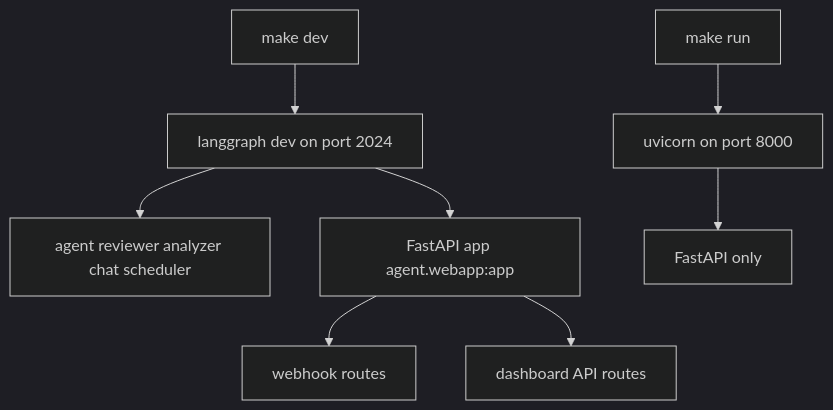
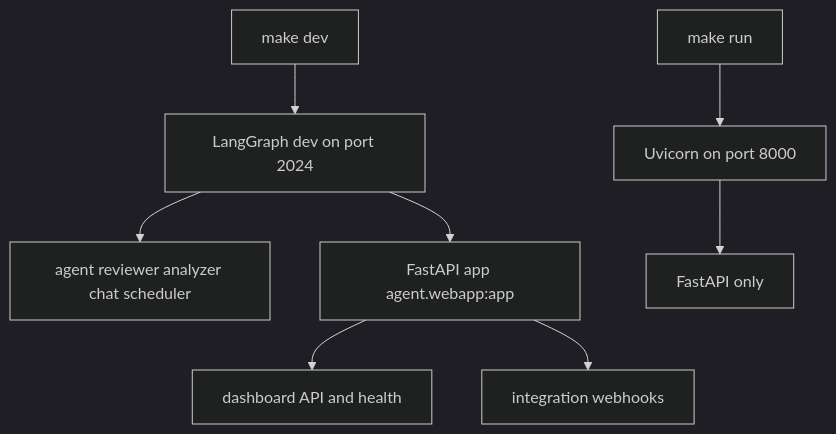
One commit to langchain-ai/open-swe changed the first of 2 diagrams in openwiki/operations/deployment.md. Above: the diagram before and after it, drawn with Mermaid (dark theme). The commit also changed other lines of this file and 52 other files, not shown here.

````diff
--- a/openwiki/operations/deployment.md
+++ b/openwiki/operations/deployment.md
@@ -72,10 +86,10 @@
 ```mermaid
 flowchart TD
-  Dev["make dev"] --> Runtime["langgraph dev on port 2024"]
+  Dev["make dev"] --> Runtime["LangGraph dev on port 2024"]
   Runtime --> Graphs["agent reviewer analyzer chat scheduler"]
   Runtime --> App["FastAPI app agent.webapp:app"]
-  App --> Hooks["webhook routes"]
-  App --> Dashboard["dashboard API routes"]
-  Direct["make run"] --> Uvicorn["uvicorn on port 8000"]
+  App --> Api["dashboard API and health"]
+  App --> Hooks["integration webhooks"]
+  Direct["make run"] --> Uvicorn["Uvicorn on port 8000"]
   Uvicorn --> HttpOnly["FastAPI only"]
 ```
````
